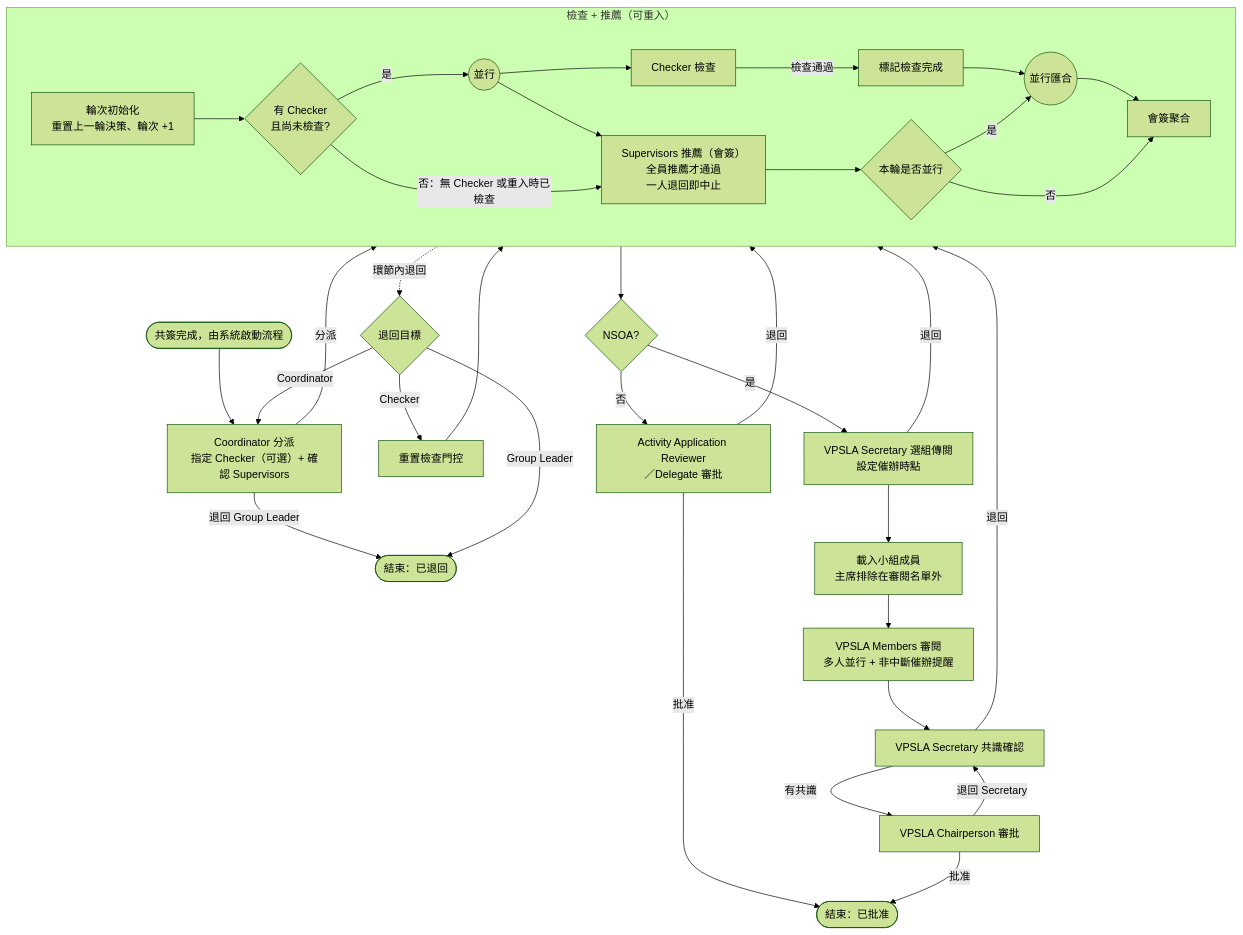
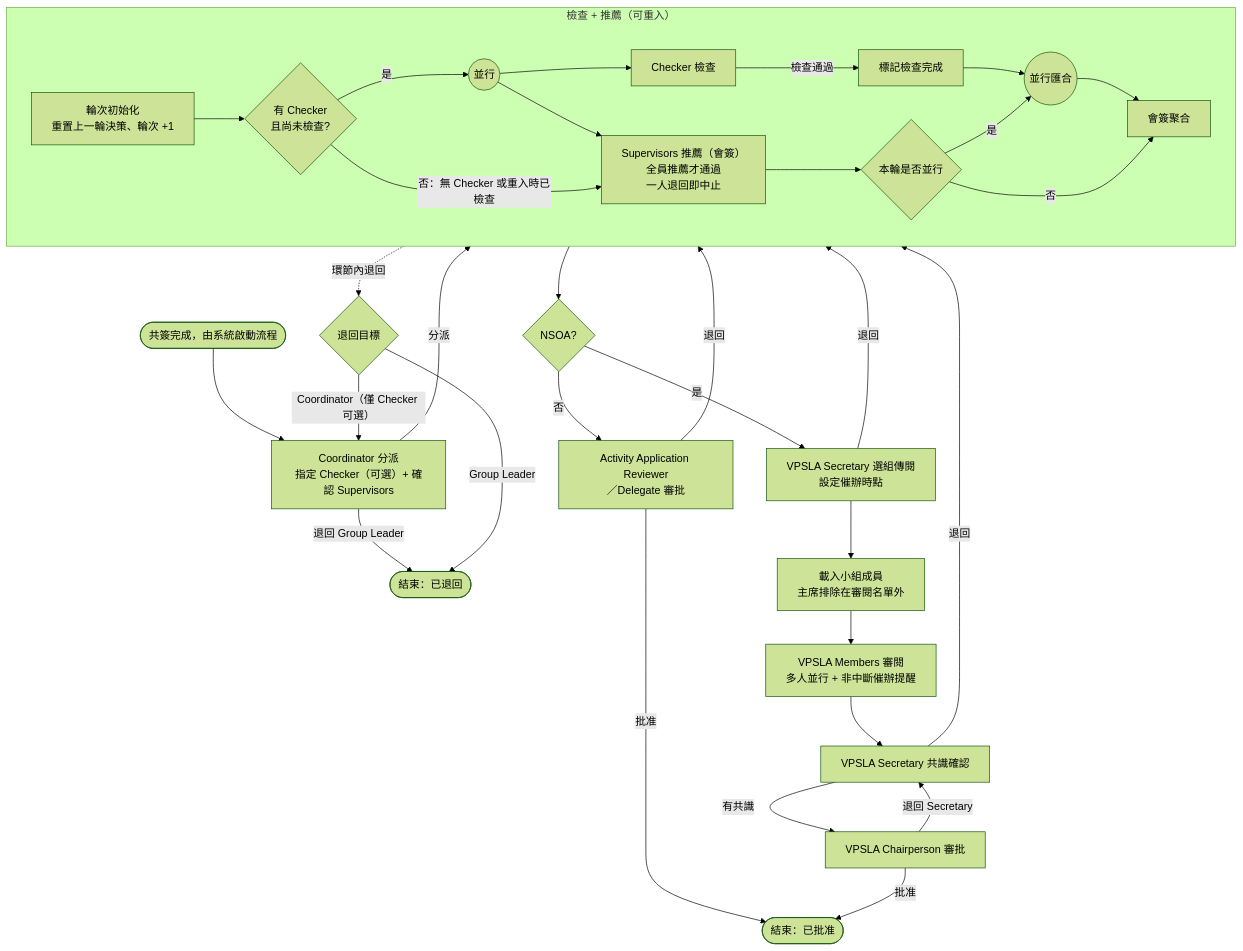
Before and after one commit to OneStar-Projects/SLAS-Docs: the diagram in activity-report-submission-design.md, drawn with Mermaid (forest theme). The commit also changed other lines of this file and 1 other file, not shown here.

````diff
--- a/activity-report-submission-design.md
+++ b/activity-report-submission-design.md
@@ -128,34 +140,33 @@
 ```mermaid
 flowchart TD
     S([共簽完成，由系統啟動流程]) --> C[Coordinator 分派<br/>指定 Checker（可選）+ 確認 Supervisors]
     C -- 退回 Group Leader --> RET([結束：已退回])
     C -- 分派 --> SUB
     subgraph SUB [檢查 + 推薦（可重入）]
       INIT[輪次初始化<br/>重置上一輪決策、輪次 +1] --> G1{有 Checker<br/>且尚未檢查?}
       G1 -- 是 --> FORK((並行))
       FORK --> CHK[Checker 檢查]
       FORK --> SUP[Supervisors 推薦（會簽）<br/>全員推薦才通過<br/>一人退回即中止]
       G1 -- 否：無 Checker 或重入時已檢查 --> SUP
       CHK -- 檢查通過 --> DONE[標記檢查完成] --> JOIN((並行匯合))
       SUP --> G2{本輪是否並行}
       G2 -- 是 --> JOIN
       G2 -- 否 --> AGG[會簽聚合]
       JOIN --> AGG
     end
     SUB -. 環節內退回 .-> RG{退回目標}
-    RG -- Coordinator --> C
-    RG -- Checker --> RSTC[重置檢查門控] --> SUB
+    RG -- Coordinator（僅 Checker 可選） --> C
     RG -- Group Leader --> RET
     SUB --> NS{NSOA?}
     NS -- 否 --> REV[Activity Application Reviewer<br/>／Delegate 審批]
     REV -- 批准 --> OK([結束：已批准])
     REV -- 退回 --> SUB
     NS -- 是 --> VPS[VPSLA Secretary 選組傳閱<br/>設定催辦時點]
     VPS -- 退回 --> SUB
     VPS --> LOAD[載入小組成員<br/>主席排除在審閱名單外] --> VPM[VPSLA Members 審閱<br/>多人並行 + 非中斷催辦提醒]
     VPM --> VPC[VPSLA Secretary 共識確認]
     VPC -- 退回 --> SUB
     VPC -- 有共識 --> CH[VPSLA Chairperson 審批]
     CH -- 批准 --> OK
     CH -- 退回 Secretary --> VPC
 ```
````
